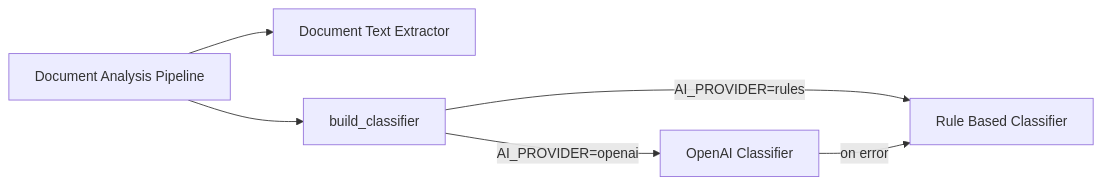
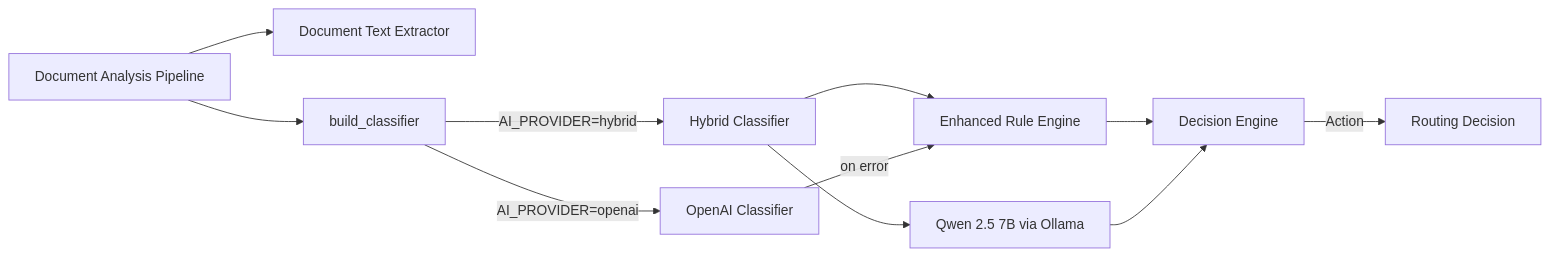
The second of 2 diagrams in README.md (yassinehadded/intelligent-mailroom), drawn with Mermaid before and after one commit. The commit also changed other lines of this file and 1 other file, not shown here.

Commit message:
adapted the documentation to the changements of ai layer architecture

````diff
--- a/README.md
+++ b/README.md
@@ -304,8 +312,13 @@
 ```mermaid
 flowchart LR
   P[Document Analysis Pipeline] --> E[Document Text Extractor]
   P --> F[build_classifier]
-  F -->|AI_PROVIDER=rules| R[Rule Based Classifier]
-  F -->|AI_PROVIDER=openai| O[OpenAI Classifier]
-  O -->|on error| R
+  F -->|AI_PROVIDER=hybrid| H[Hybrid Classifier]
+  H --> r[Enhanced Rule Engine]
+  H --> O[Qwen 2.5 7B via Ollama]
+  r --> D[Decision Engine]
+  O --> D
+  F -->|AI_PROVIDER=openai| A[OpenAI Classifier]
+  A -->|on error| r
+  D -->|Action| Out[Routing Decision]
 ```
````
